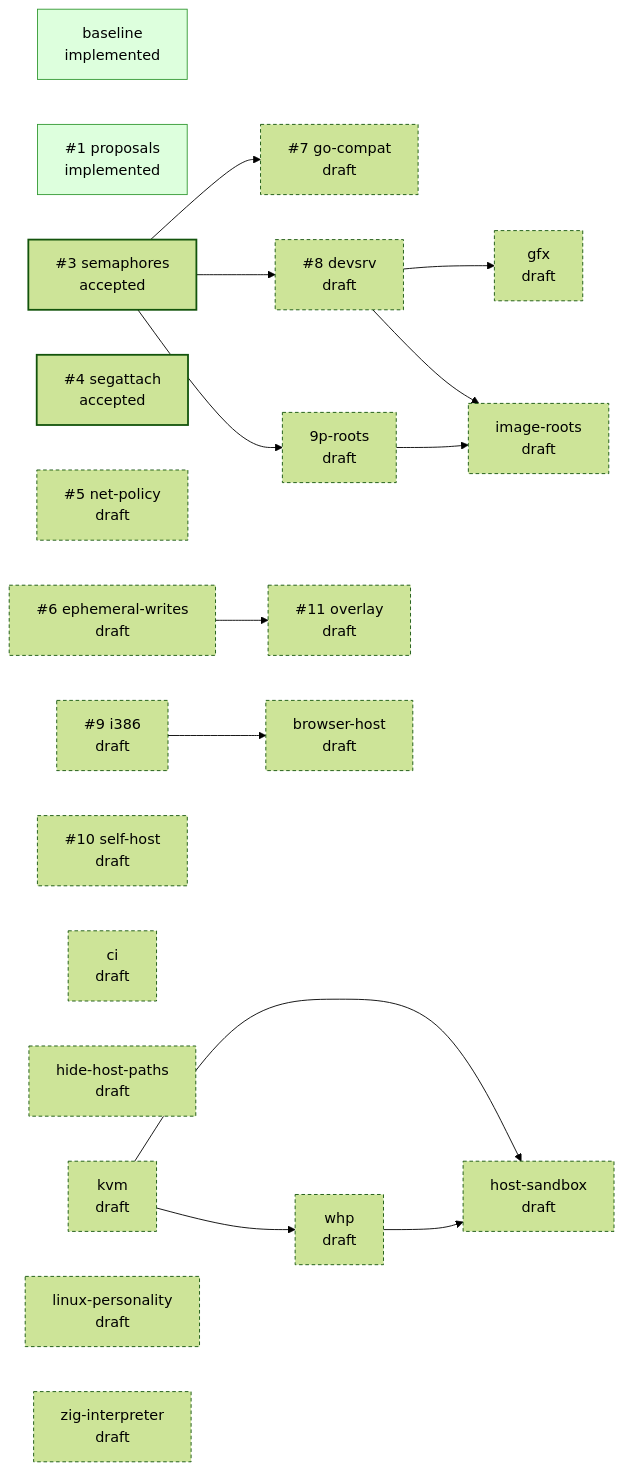
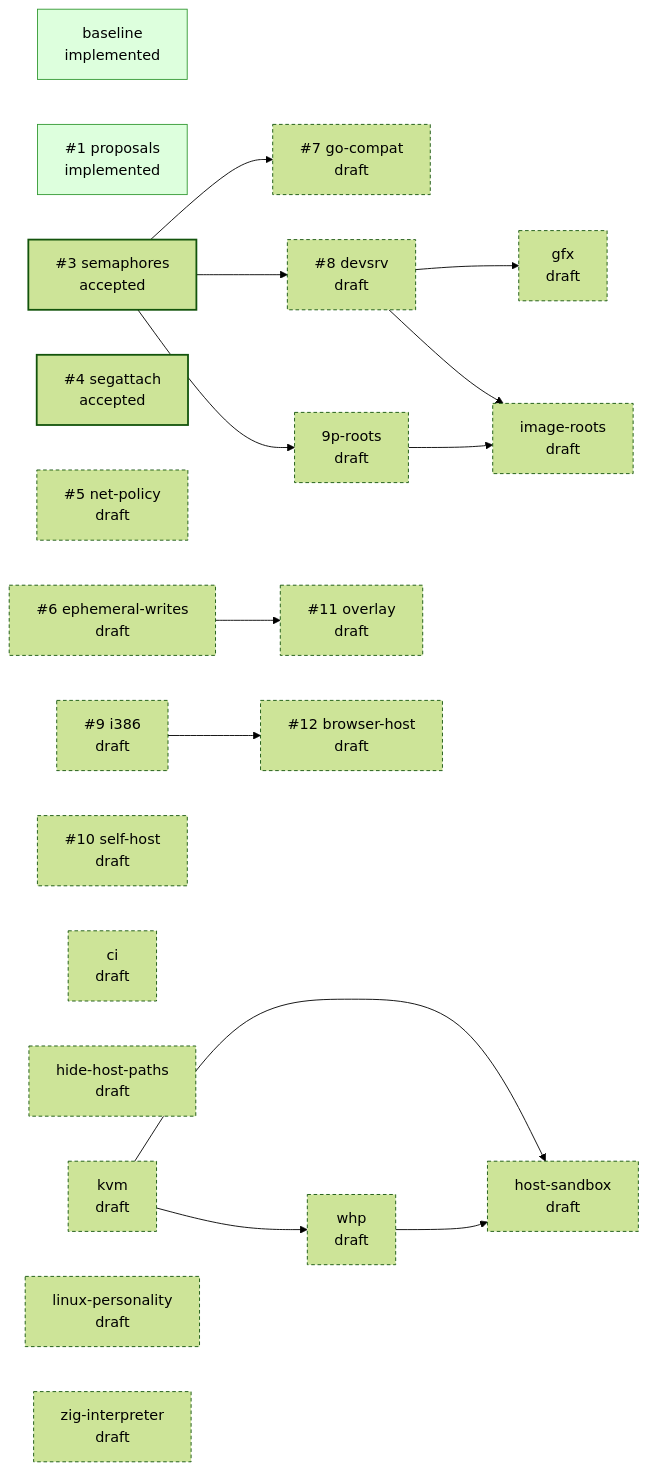
The diagram in README.md (jpf/hyper9), drawn with Mermaid (forest theme) before and after one commit. The commit also changed other lines of this file and 2 other files, not shown here.

Commit message:
design: file browser-host as #12

````diff
--- a/README.md
+++ b/README.md
@@ -39,40 +39,40 @@
 ```mermaid
 flowchart LR
   classDef draft stroke-dasharray: 4 3
   classDef accepted stroke-width: 2px
   classDef implemented fill:#dfd,stroke:#393
   classDef closed fill:#eee,stroke:#999,color:#777
   p_baseline["baseline<br/>implemented"]:::implemented
   p_proposals["#35;1 proposals<br/>implemented"]:::implemented
   p_semaphores["#35;3 semaphores<br/>accepted"]:::accepted
   p_segattach["#35;4 segattach<br/>accepted"]:::accepted
   p_net_policy["#35;5 net-policy<br/>draft"]:::draft
   p_ephemeral_writes["#35;6 ephemeral-writes<br/>draft"]:::draft
   p_go_compat["#35;7 go-compat<br/>draft"]:::draft
   p_devsrv["#35;8 devsrv<br/>draft"]:::draft
   p_i386["#35;9 i386<br/>draft"]:::draft
   p_self_host["#35;10 self-host<br/>draft"]:::draft
   p_overlay["#35;11 overlay<br/>draft"]:::draft
+  p_browser_host["#35;12 browser-host<br/>draft"]:::draft
   p_9p_roots["9p-roots<br/>draft"]:::draft
-  p_browser_host["browser-host<br/>draft"]:::draft
   p_ci["ci<br/>draft"]:::draft
   p_gfx["gfx<br/>draft"]:::draft
   p_hide_host_paths["hide-host-paths<br/>draft"]:::draft
   p_host_sandbox["host-sandbox<br/>draft"]:::draft
   p_image_roots["image-roots<br/>draft"]:::draft
   p_kvm["kvm<br/>draft"]:::draft
   p_linux_personality["linux-personality<br/>draft"]:::draft
   p_whp["whp<br/>draft"]:::draft
   p_zig_interpreter["zig-interpreter<br/>draft"]:::draft
   p_semaphores --> p_go_compat
   p_semaphores --> p_devsrv
   p_ephemeral_writes --> p_overlay
+  p_i386 --> p_browser_host
   p_semaphores --> p_9p_roots
-  p_i386 --> p_browser_host
   p_devsrv --> p_gfx
   p_kvm --> p_host_sandbox
   p_whp --> p_host_sandbox
   p_devsrv --> p_image_roots
   p_9p_roots --> p_image_roots
   p_kvm --> p_whp
 ```
````
